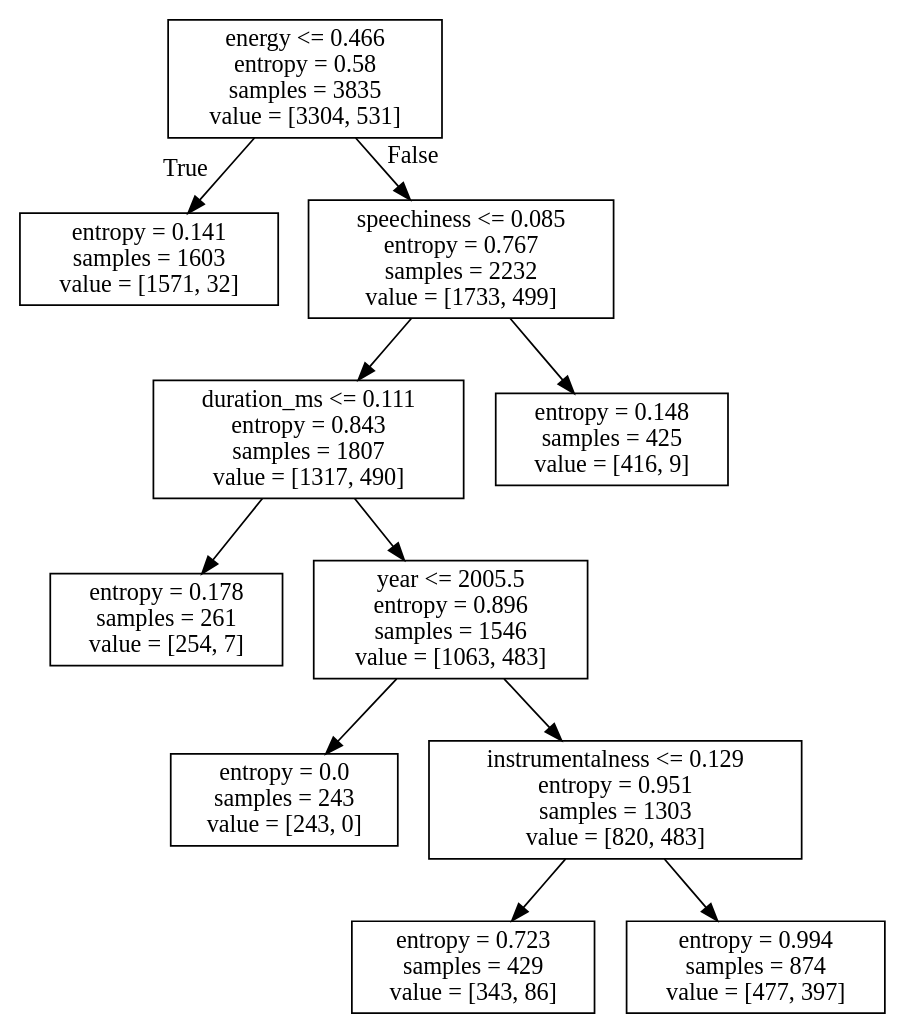
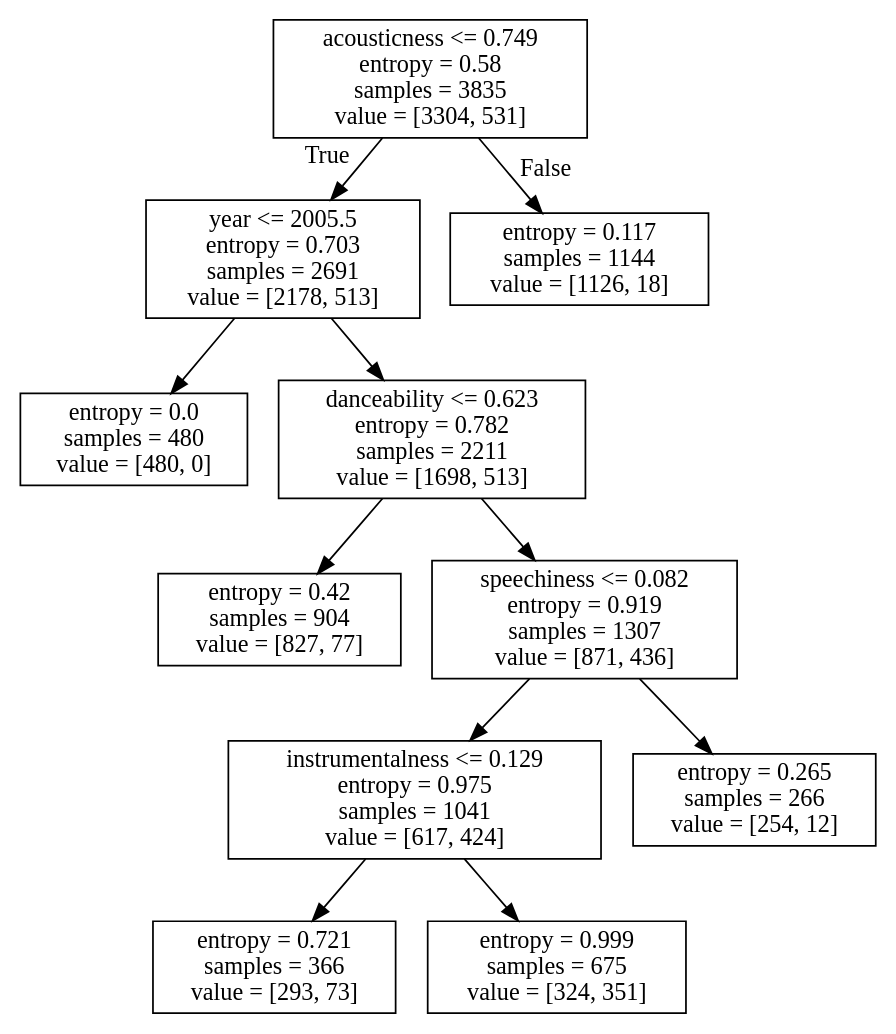
One commit to CrystalCo/audio_features_popularity_classifiers changed the diagram in jazz_DT.dot. Above: the diagram before and after it, drawn with Graphviz. The commit also changed 14 other files, not shown here.

```diff
--- a/jazz_DT.dot
+++ b/jazz_DT.dot
@@ -1,24 +1,24 @@
 digraph Tree {
 node [shape=box] ;
-0 [label="energy <= 0.466\nentropy = 0.58\nsamples = 3835\nvalue = [3304, 531]"] ;
-1 [label="entropy = 0.141\nsamples = 1603\nvalue = [1571, 32]"] ;
+0 [label="acousticness <= 0.749\nentropy = 0.58\nsamples = 3835\nvalue = [3304, 531]"] ;
+1 [label="year <= 2005.5\nentropy = 0.703\nsamples = 2691\nvalue = [2178, 513]"] ;
 0 -> 1 [labeldistance=2.5, labelangle=45, headlabel="True"] ;
-2 [label="speechiness <= 0.085\nentropy = 0.767\nsamples = 2232\nvalue = [1733, 499]"] ;
-0 -> 2 [labeldistance=2.5, labelangle=-45, headlabel="False"] ;
-3 [label="duration_ms <= 0.111\nentropy = 0.843\nsamples = 1807\nvalue = [1317, 490]"] ;
-2 -> 3 ;
-4 [label="entropy = 0.178\nsamples = 261\nvalue = [254, 7]"] ;
+2 [label="entropy = 0.0\nsamples = 480\nvalue = [480, 0]"] ;
+1 -> 2 ;
+3 [label="danceability <= 0.623\nentropy = 0.782\nsamples = 2211\nvalue = [1698, 513]"] ;
+1 -> 3 ;
+4 [label="entropy = 0.42\nsamples = 904\nvalue = [827, 77]"] ;
 3 -> 4 ;
-5 [label="year <= 2005.5\nentropy = 0.896\nsamples = 1546\nvalue = [1063, 483]"] ;
+5 [label="speechiness <= 0.082\nentropy = 0.919\nsamples = 1307\nvalue = [871, 436]"] ;
 3 -> 5 ;
-6 [label="entropy = 0.0\nsamples = 243\nvalue = [243, 0]"] ;
+6 [label="instrumentalness <= 0.129\nentropy = 0.975\nsamples = 1041\nvalue = [617, 424]"] ;
 5 -> 6 ;
-7 [label="instrumentalness <= 0.129\nentropy = 0.951\nsamples = 1303\nvalue = [820, 483]"] ;
-5 -> 7 ;
-8 [label="entropy = 0.723\nsamples = 429\nvalue = [343, 86]"] ;
-7 -> 8 ;
-9 [label="entropy = 0.994\nsamples = 874\nvalue = [477, 397]"] ;
-7 -> 9 ;
-10 [label="entropy = 0.148\nsamples = 425\nvalue = [416, 9]"] ;
-2 -> 10 ;
+7 [label="entropy = 0.721\nsamples = 366\nvalue = [293, 73]"] ;
+6 -> 7 ;
+8 [label="entropy = 0.999\nsamples = 675\nvalue = [324, 351]"] ;
+6 -> 8 ;
+9 [label="entropy = 0.265\nsamples = 266\nvalue = [254, 12]"] ;
+5 -> 9 ;
+10 [label="entropy = 0.117\nsamples = 1144\nvalue = [1126, 18]"] ;
+0 -> 10 [labeldistance=2.5, labelangle=-45, headlabel="False"] ;
 }
```
